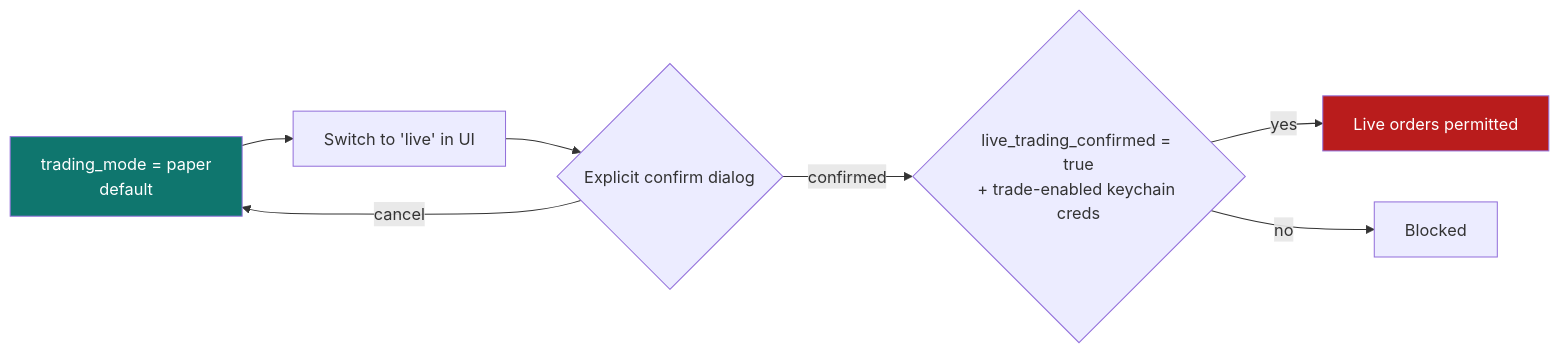
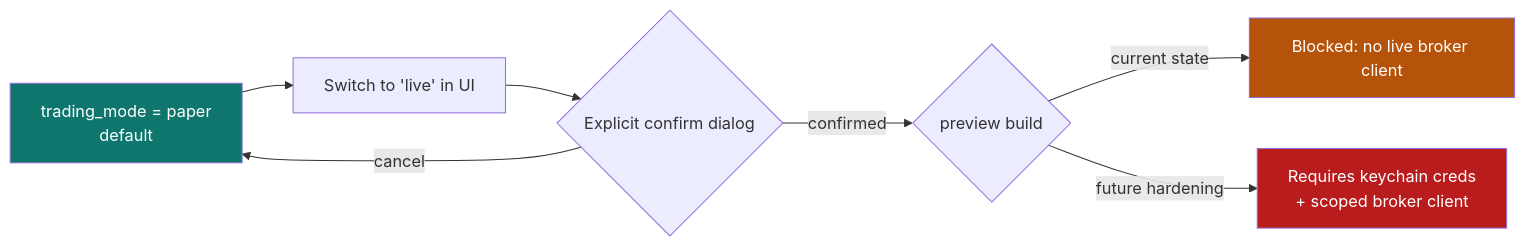
Before and after one commit to quantglass-labs/quantglass: the second of 2 diagrams in docs/technical/09-security.md, drawn with Mermaid. The commit also changed other lines of this file and 13 other files, not shown here.

````diff
--- a/docs/technical/09-security.md
+++ b/docs/technical/09-security.md
@@ -59,11 +60,12 @@
 ```mermaid
 flowchart LR
     A[trading_mode = paper<br/>default] --> B[Switch to 'live' in UI]
     B --> C{Explicit confirm dialog}
-    C -->|confirmed| D{live_trading_confirmed = true<br/>+ trade-enabled keychain creds}
-    D -->|yes| E[Live orders permitted]
-    D -->|no| F[Blocked]
+    C -->|confirmed| D{preview build}
+    D -->|current state| F[Blocked: no live broker client]
+    D -->|future hardening| E[Requires keychain creds<br/>+ scoped broker client]
     C -->|cancel| A
     style A fill:#0f766e,color:#fff
     style E fill:#b91c1c,color:#fff
+    style F fill:#b45309,color:#fff
 ```
````
